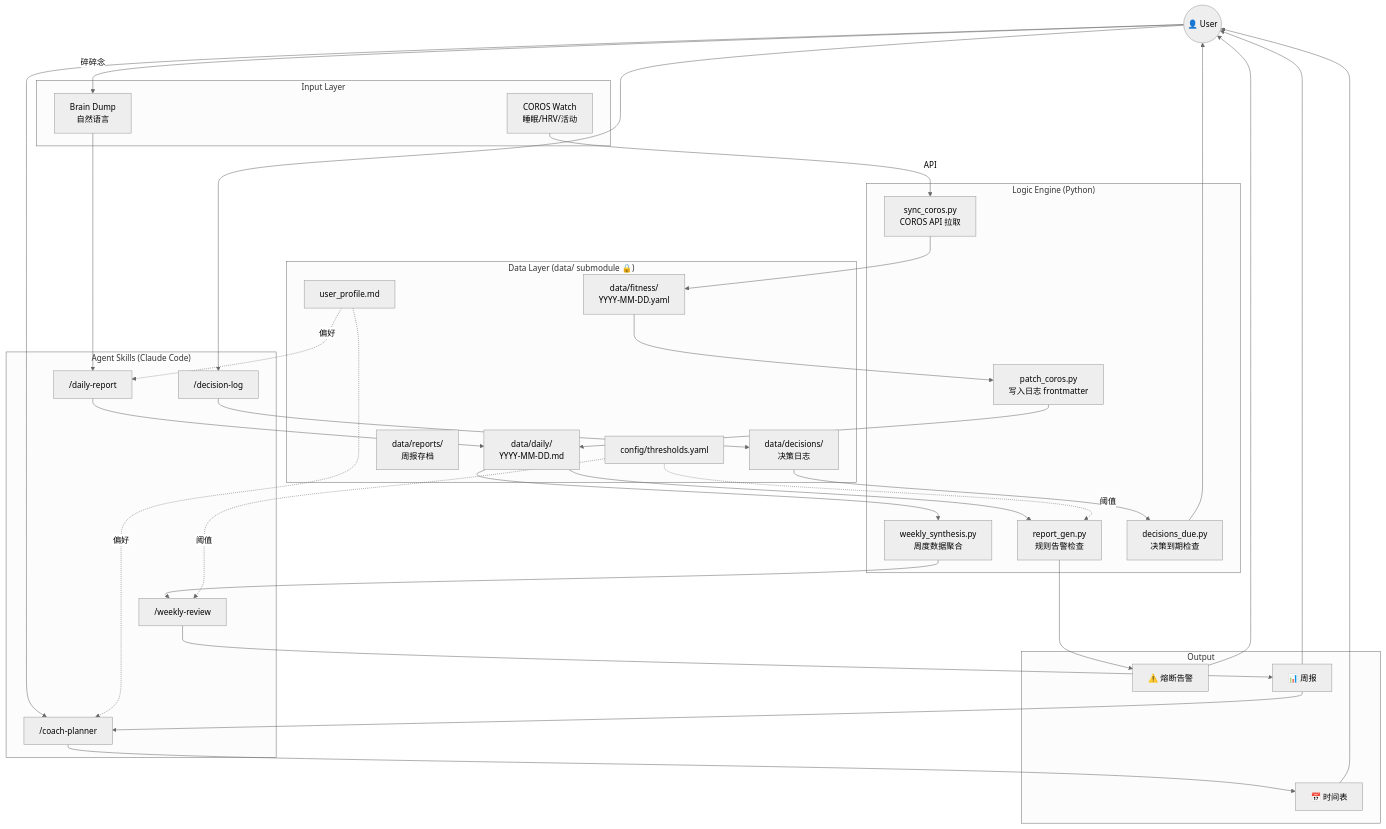
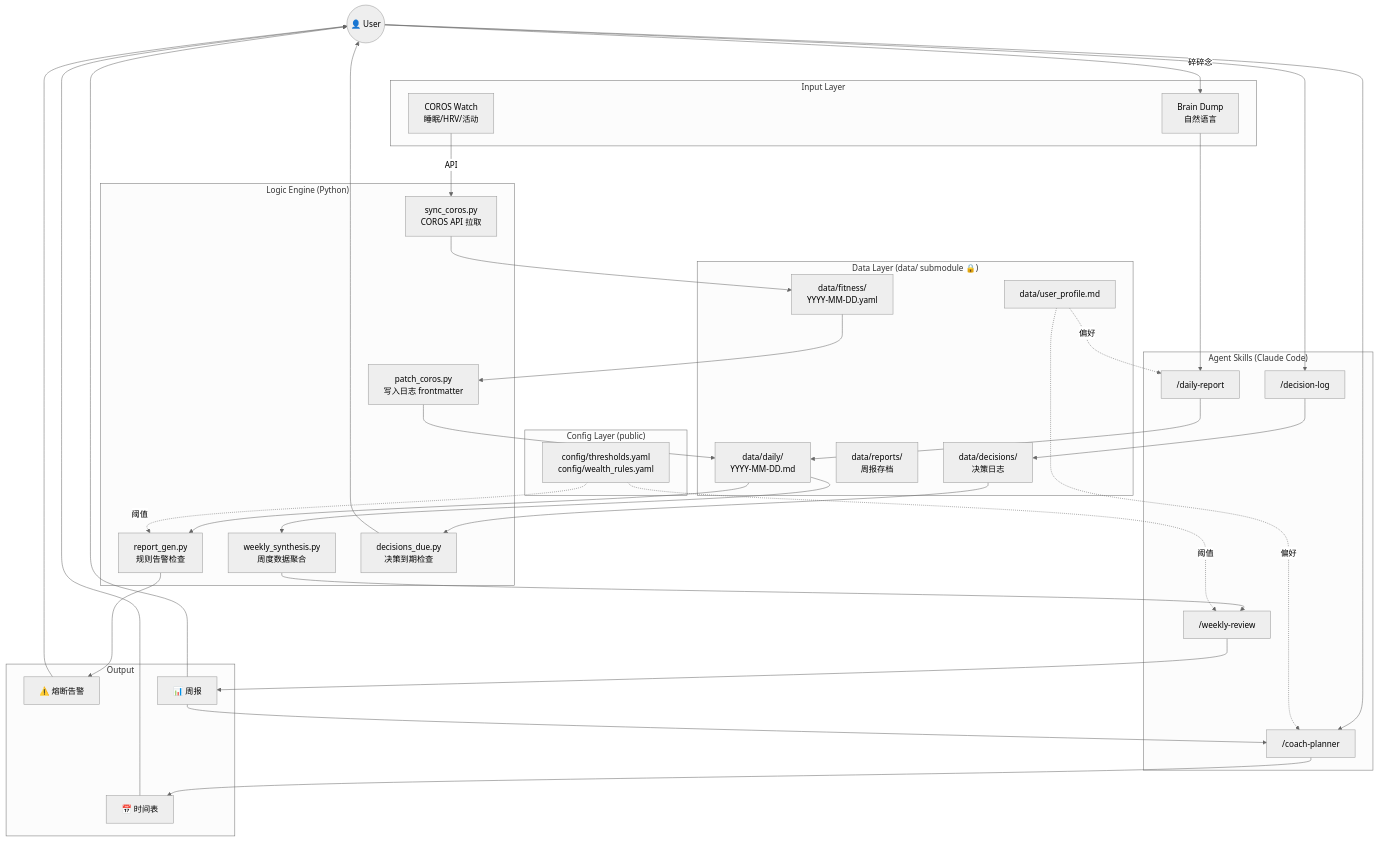
Before and after one commit to KelvinYou/personal-os: the first of 7 diagrams in ARCHITECTURE.md, drawn with Mermaid (neutral theme). The commit also changed other lines of this file and 3 other files, not shown here.

First line of the commit message:
fix(docs): add mermaid lint, fix GitHub-rendering line breaks

````diff
--- a/ARCHITECTURE.md
+++ b/ARCHITECTURE.md
@@ -15,54 +15,57 @@
 ```mermaid
 graph TB
     User((👤 User))
 
     subgraph Input ["Input Layer"]
-        BD["Brain Dump\n自然语言"]
-        COROS_HW["COROS Watch\n睡眠/HRV/活动"]
+        BD["Brain Dump<br/>自然语言"]
+        COROS_HW["COROS Watch<br/>睡眠/HRV/活动"]
     end
 
     subgraph Agents ["Agent Skills (Claude Code)"]
         DR["/daily-report"]
         CP["/coach-planner"]
         WR["/weekly-review"]
         DJL["/decision-log"]
     end
 
     subgraph Engine ["Logic Engine (Python)"]
-        SC["sync_coros.py\nCOROS API 拉取"]
-        PC["patch_coros.py\n写入日志 frontmatter"]
-        RG["report_gen.py\n规则告警检查"]
-        WS["weekly_synthesis.py\n周度数据聚合"]
-        DD["decisions_due.py\n决策到期检查"]
+        SC["sync_coros.py<br/>COROS API 拉取"]
+        PC["patch_coros.py<br/>写入日志 frontmatter"]
+        RG["report_gen.py<br/>规则告警检查"]
+        WS["weekly_synthesis.py<br/>周度数据聚合"]
+        DD["decisions_due.py<br/>决策到期检查"]
     end
 
     subgraph Store ["Data Layer (data/ submodule 🔒)"]
-        DL["data/daily/\nYYYY-MM-DD.md"]
-        FIT["data/fitness/\nYYYY-MM-DD.yaml"]
-        RPT["data/reports/\n周报存档"]
-        DEC["data/decisions/\n决策日志"]
-        UP["user_profile.md"]
-        CFG["config/thresholds.yaml"]
+        DL["data/daily/<br/>YYYY-MM-DD.md"]
+        FIT["data/fitness/<br/>YYYY-MM-DD.yaml"]
+        RPT["data/reports/<br/>周报存档"]
+        DEC["data/decisions/<br/>决策日志"]
+        UP["data/user_profile.md"]
+    end
+
+    subgraph Config ["Config Layer (public)"]
+        CFG["config/thresholds.yaml<br/>config/wealth_rules.yaml"]
     end
 
     subgraph Output ["Output"]
         ALERT["⚠️ 熔断告警"]
         SCHED["📅 时间表"]
         REPORT["📊 周报"]
     end
 
     User -- "碎碎念" --> BD
     BD --> DR --> DL
     COROS_HW -- "API" --> SC --> FIT
     FIT --> PC --> DL
     DL --> RG --> ALERT --> User
     DL --> WS --> WR --> REPORT --> User
     REPORT --> CP
     User --> CP --> SCHED --> User
     User --> DJL --> DEC
     DEC --> DD --> User
     CFG -. "阈值" .-> RG
     CFG -. "阈值" .-> WR
     UP -. "偏好" .-> DR
     UP -. "偏好" .-> CP
 ```
````
